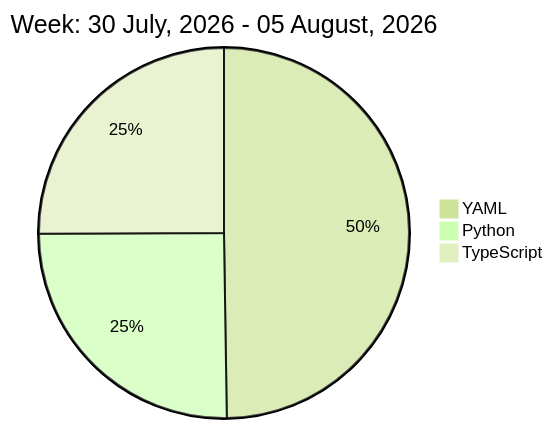
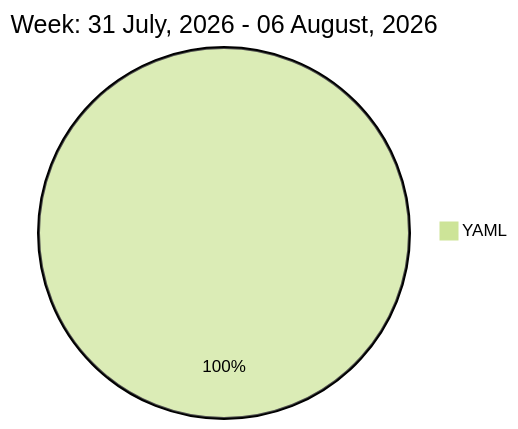
Before and after one commit to liubin95/liubin95: the diagram in README.md, drawn with Mermaid (forest theme).

Commit message:
Updated the Graph with new Metrics

````diff
--- a/README.md
+++ b/README.md
@@ -32,7 +32,5 @@
 ```mermaid
  pie
-title Week: 30 July, 2026 - 05 August, 2026
- "YAML" : 5.1
- "Python" : 2.58
- "TypeScript" : 2.57
+title Week: 31 July, 2026 - 06 August, 2026
+ "YAML" : 4.85
 ```
````
